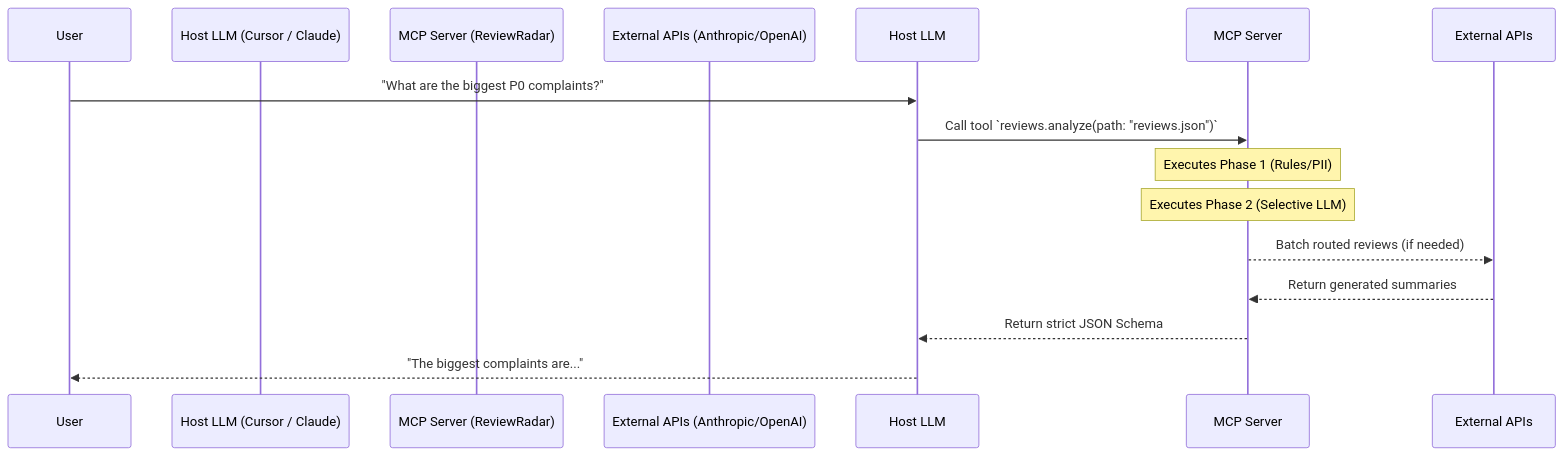
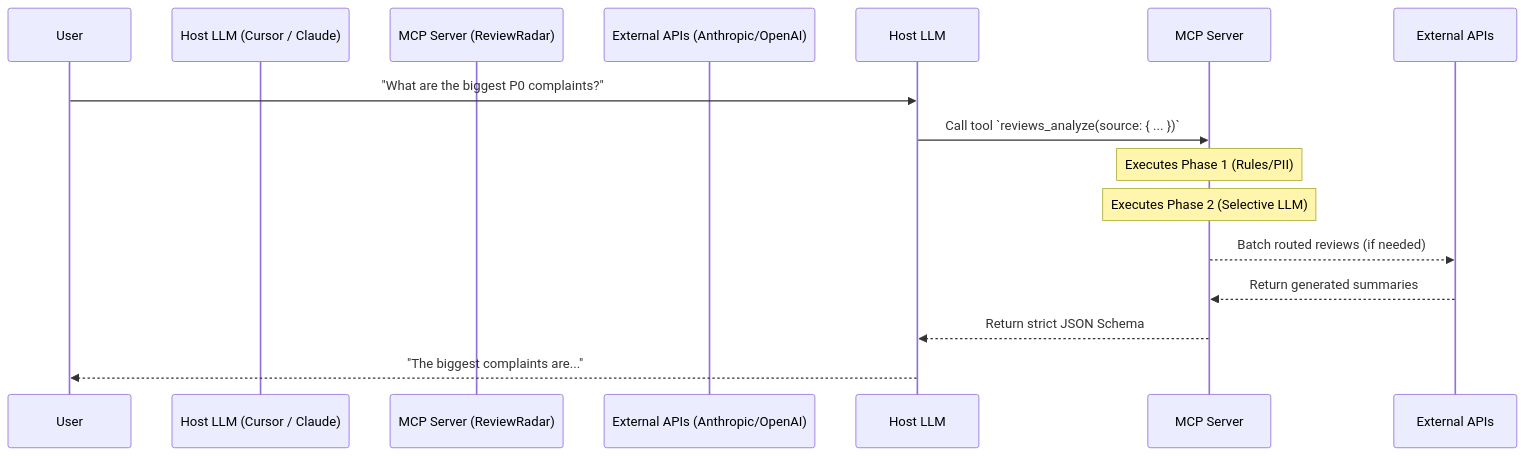
The first of 2 diagrams in docs/architecture.md (abhishekdubey331/ReviewRadar), drawn with Mermaid before and after one commit. The commit also changed other lines of this file and 4 other files, not shown here.

````diff
--- a/docs/architecture.md
+++ b/docs/architecture.md
@@ -8,16 +8,16 @@
 ```mermaid
 sequenceDiagram
     participant User
     participant Host LLM (Cursor / Claude)
     participant MCP Server (ReviewRadar)
     participant External APIs (Anthropic/OpenAI)
 
     User->>Host LLM: "What are the biggest P0 complaints?"
-    Host LLM->>MCP Server: Call tool `reviews.analyze(path: "reviews.json")`
+    Host LLM->>MCP Server: Call tool `reviews_analyze(source: { ... })`
     Note over MCP Server: Executes Phase 1 (Rules/PII)
     Note over MCP Server: Executes Phase 2 (Selective LLM)
     MCP Server-->>External APIs: Batch routed reviews (if needed)
     External APIs-->>MCP Server: Return generated summaries
     MCP Server-->>Host LLM: Return strict JSON Schema
     Host LLM-->>User: "The biggest complaints are..."
 ```
````
